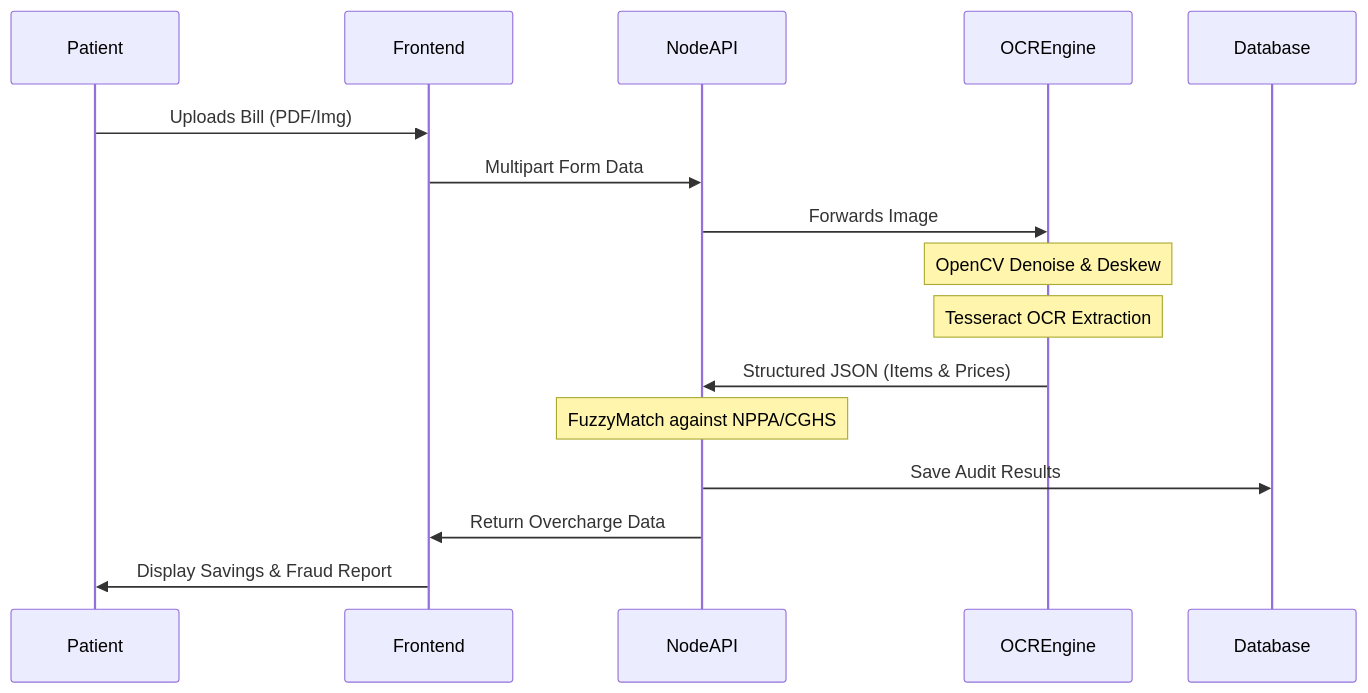
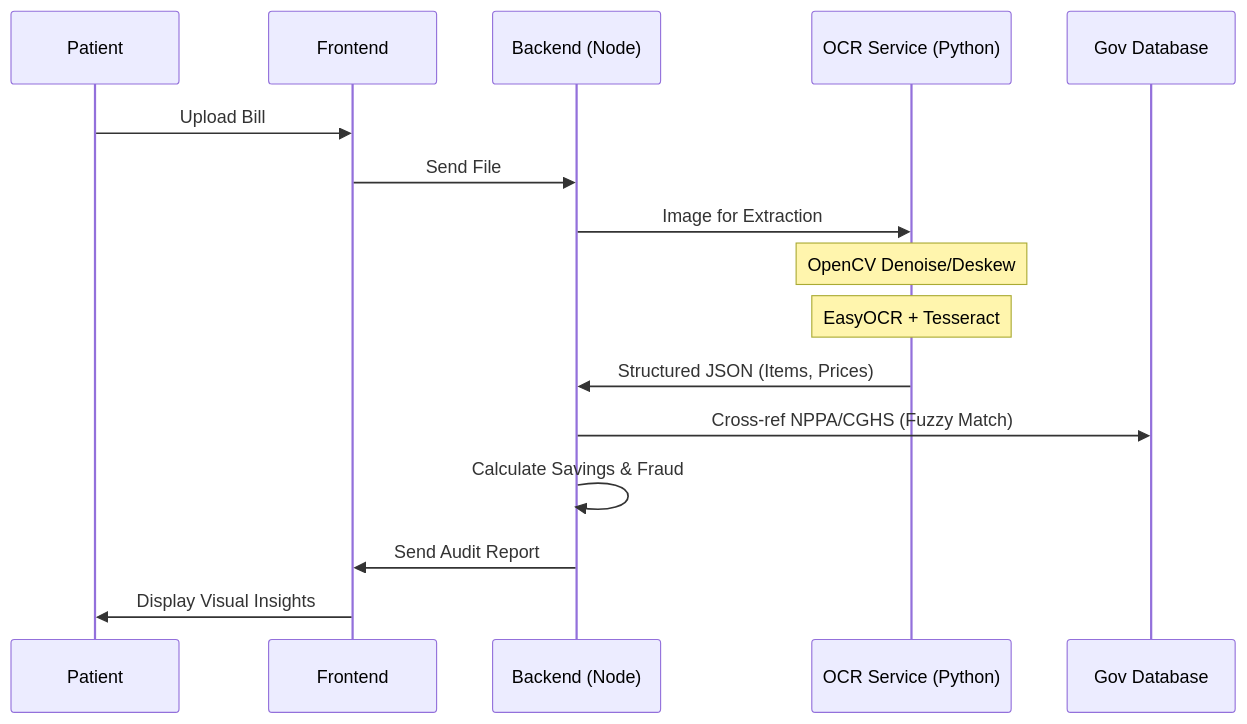
One commit to codinggita/medclear changed the diagram in README.md. Above: the diagram before and after it, drawn with Mermaid. The commit also changed other lines of this file, not shown here.

Commit message:
docs: update README with project capabilities, visual documentation, and current technology stack

````diff
--- a/README.md
+++ b/README.md
@@ -174,19 +162,19 @@
 ```mermaid
 sequenceDiagram
-    participant Patient
-    participant Frontend
-    participant NodeAPI
-    participant OCREngine
-    participant Database
+    participant P as Patient
+    participant F as Frontend
+    participant B as Backend (Node)
+    participant O as OCR Service (Python)
+    participant G as Gov Database
 
-    Patient->>Frontend: Uploads Bill (PDF/Img)
-    Frontend->>NodeAPI: Multipart Form Data
-    NodeAPI->>OCREngine: Forwards Image
-    Note over OCREngine: OpenCV Denoise & Deskew
-    Note over OCREngine: Tesseract OCR Extraction
-    OCREngine->>NodeAPI: Structured JSON (Items & Prices)
-    Note over NodeAPI: FuzzyMatch against NPPA/CGHS
-    NodeAPI->>Database: Save Audit Results
-    NodeAPI->>Frontend: Return Overcharge Data
-    Frontend->>Patient: Display Savings & Fraud Report
+    P->>F: Upload Bill
+    F->>B: Send File
+    B->>O: Image for Extraction
+    Note over O: OpenCV Denoise/Deskew
+    Note over O: EasyOCR + Tesseract
+    O->>B: Structured JSON (Items, Prices)
+    B->>G: Cross-ref NPPA/CGHS (Fuzzy Match)
+    B->>B: Calculate Savings & Fraud
+    B->>F: Send Audit Report
+    F->>P: Display Visual Insights
 ```
````
